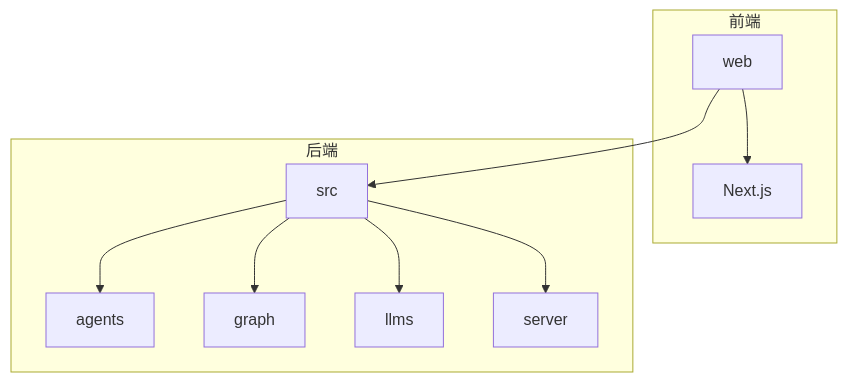
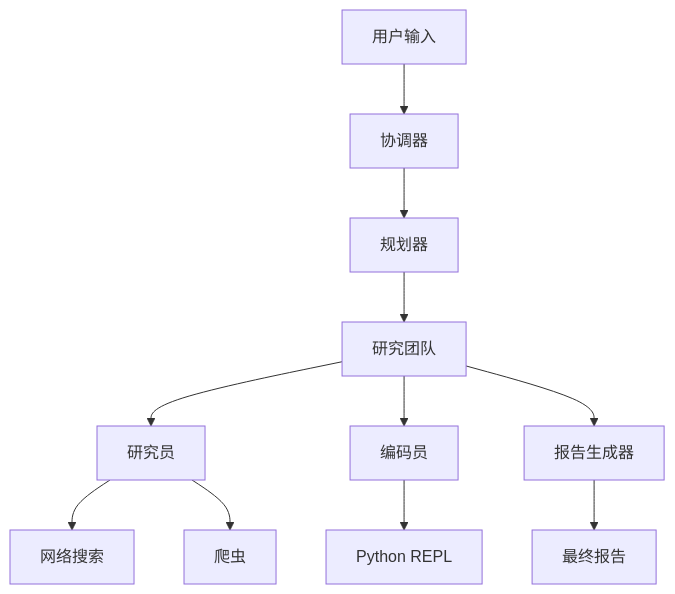
One commit to zhangler1/deer-flow changed the second of 11 diagrams in .qoder/repowiki/zh/content/系统概述.md. Above: the diagram before and after it, drawn with Mermaid. The commit also changed other lines of this file and 61 other files, not shown here.

````diff
--- a/.qoder/repowiki/zh/content/系统概述.md
+++ b/.qoder/repowiki/zh/content/系统概述.md
@@ -37,15 +86,13 @@
 ```mermaid
 graph TD
-subgraph "前端"
-Web[web]
-Web --> NextJS[Next.js]
-end
-subgraph "后端"
-Src[src]
-Src --> Agents[agents]
-Src --> Graph[graph]
-Src --> LLMs[llms]
-Src --> Server[server]
-end
-Web --> Src
+A[用户输入] --> B[协调器]
+B --> C[规划器]
+C --> D[研究团队]
+D --> E[研究员]
+D --> F[编码员]
+E --> G[网络搜索]
+E --> H[爬虫]
+F --> I[Python REPL]
+D --> J[报告生成器]
+J --> K[最终报告]
 ```
````
